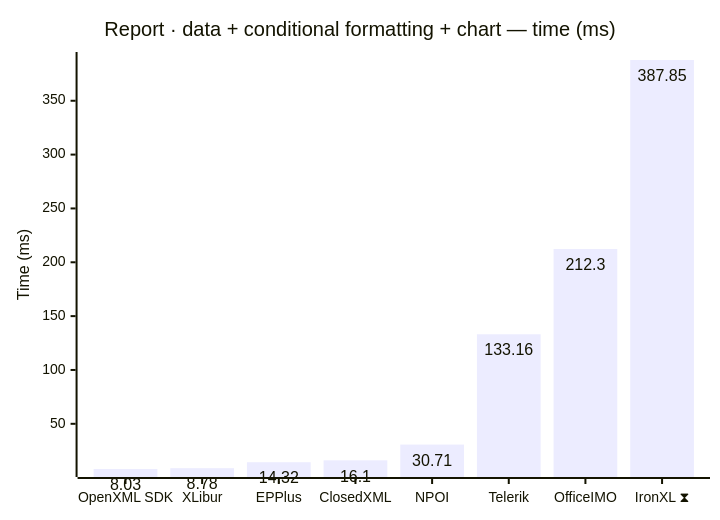
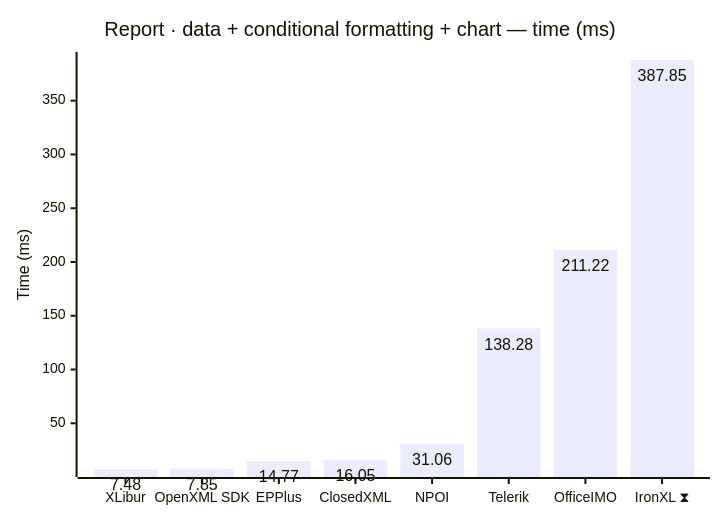
One commit to jafin/XLBench changed the seventh of 12 diagrams in docs/results.md. Above: the diagram before and after it, drawn with Mermaid. The commit also changed other lines of this file and 4 other files, not shown here.

First line of the commit message:
Bump XLibur to 0.630.1-rc.18, IronXL to 2026.10.1, OfficeIMO to 3.4.4 (#42)

````diff
--- a/docs/results.md
+++ b/docs/results.md
@@ -120,12 +120,12 @@
 ```mermaid
 ---
 config:
   xyChart:
     showDataLabel: true
 ---
 xychart-beta
     title "Report · data + conditional formatting + chart — time (ms)"
-    x-axis ["OpenXML SDK", "XLibur", "EPPlus", "ClosedXML", "NPOI", "Telerik", "OfficeIMO", "IronXL ⧗"]
+    x-axis ["XLibur", "OpenXML SDK", "EPPlus", "ClosedXML", "NPOI", "Telerik", "OfficeIMO", "IronXL ⧗"]
     y-axis "Time (ms)"
-    bar [8.03, 8.78, 14.32, 16.1, 30.71, 133.16, 212.3, 387.85]
+    bar [7.48, 7.85, 14.77, 16.05, 31.06, 138.28, 211.22, 387.85]
 ```
````
